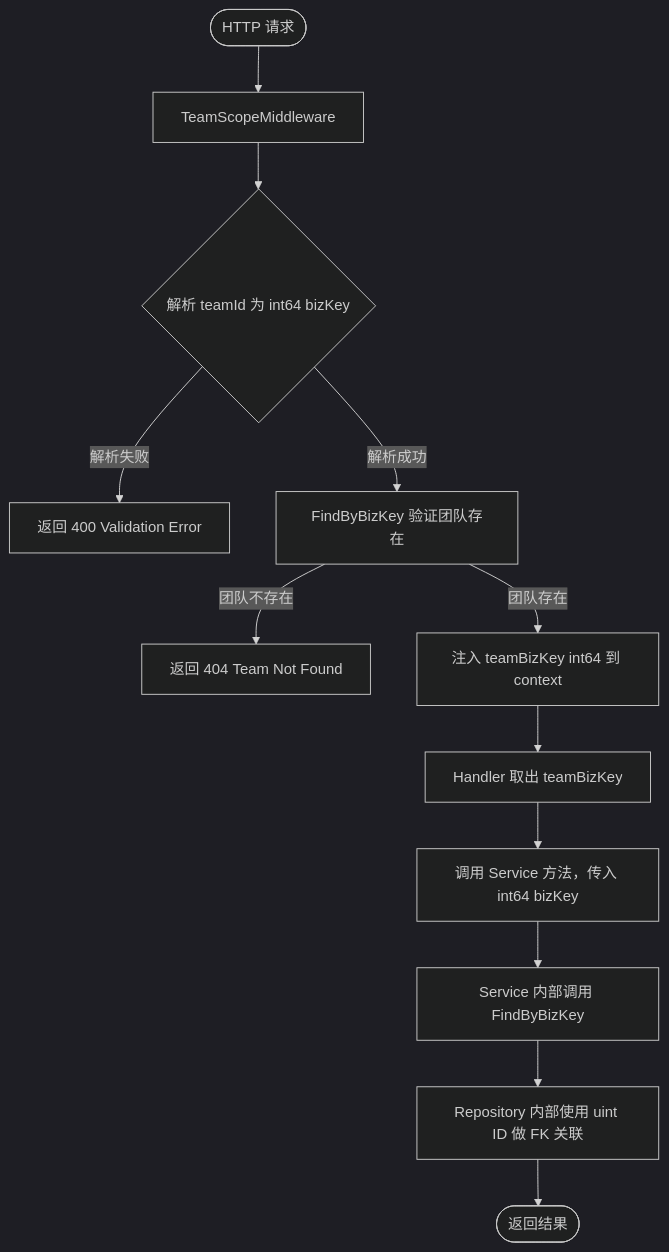
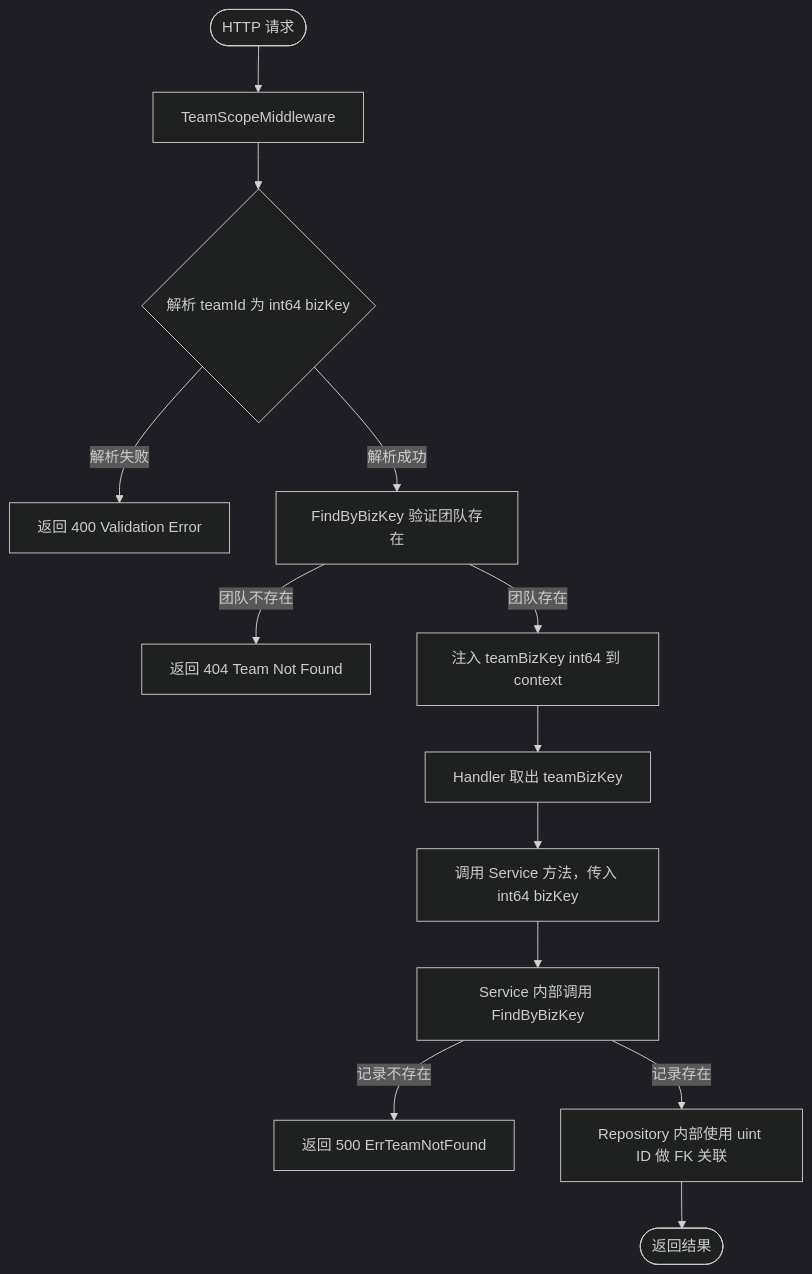
Before and after one commit to bigfaner/pm-work-tracker: the first of 2 diagrams in docs/features/bizkey-unification/prd/prd-spec.md, drawn with Mermaid (dark theme). The commit also changed other lines of this file and 5 other files, not shown here.

````diff
--- a/docs/features/bizkey-unification/prd/prd-spec.md
+++ b/docs/features/bizkey-unification/prd/prd-spec.md
@@ -65,14 +66,15 @@
 ```mermaid
 flowchart TD
     A([HTTP 请求]) --> B[TeamScopeMiddleware]
     B --> C{解析 teamId 为 int64 bizKey}
     C -->|解析失败| E[返回 400 Validation Error]
     C -->|解析成功| D[FindByBizKey 验证团队存在]
     D -->|团队不存在| F[返回 404 Team Not Found]
     D -->|团队存在| G[注入 teamBizKey int64 到 context]
     G --> H[Handler 取出 teamBizKey]
     H --> I[调用 Service 方法，传入 int64 bizKey]
     I --> J[Service 内部调用 FindByBizKey]
-    J --> K[Repository 内部使用 uint ID 做 FK 关联]
+    J -->|记录不存在| M[返回 500 ErrTeamNotFound]
+    J -->|记录存在| K[Repository 内部使用 uint ID 做 FK 关联]
     K --> L([返回结果])
 ```
````
